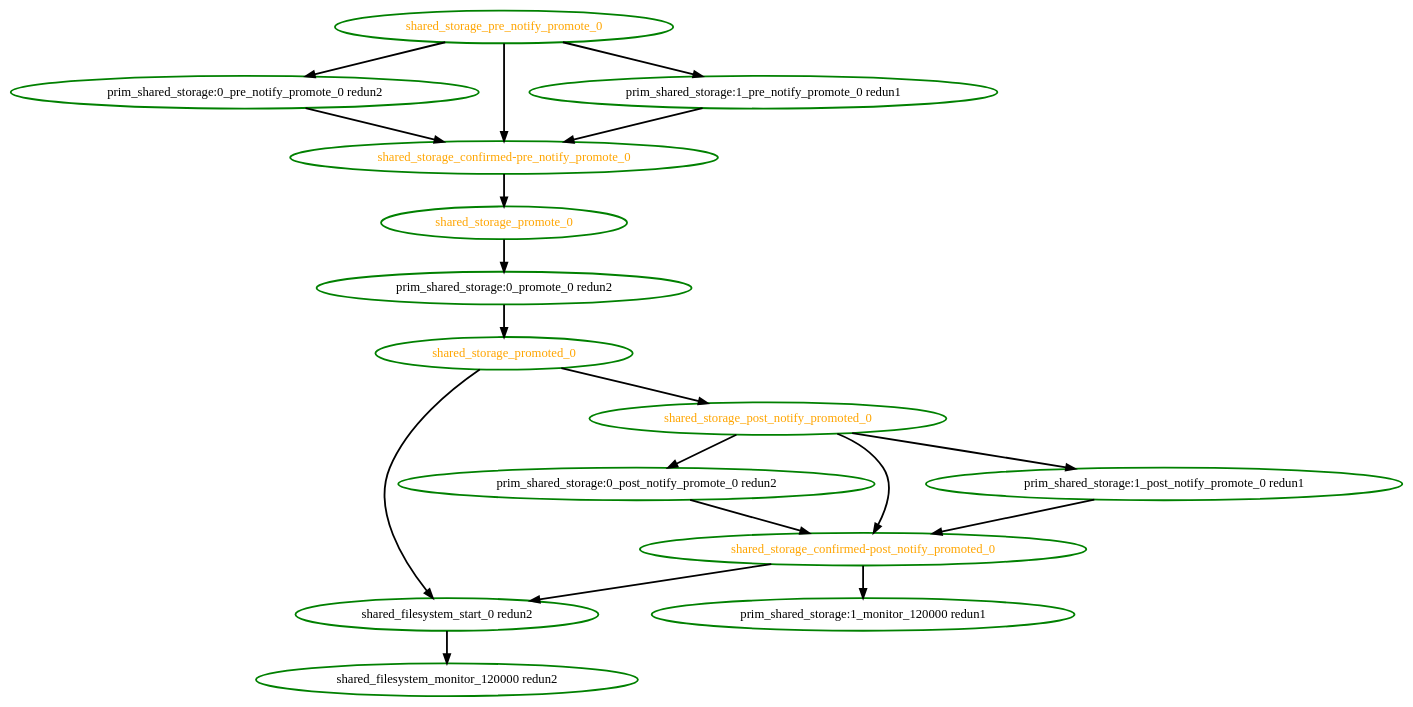
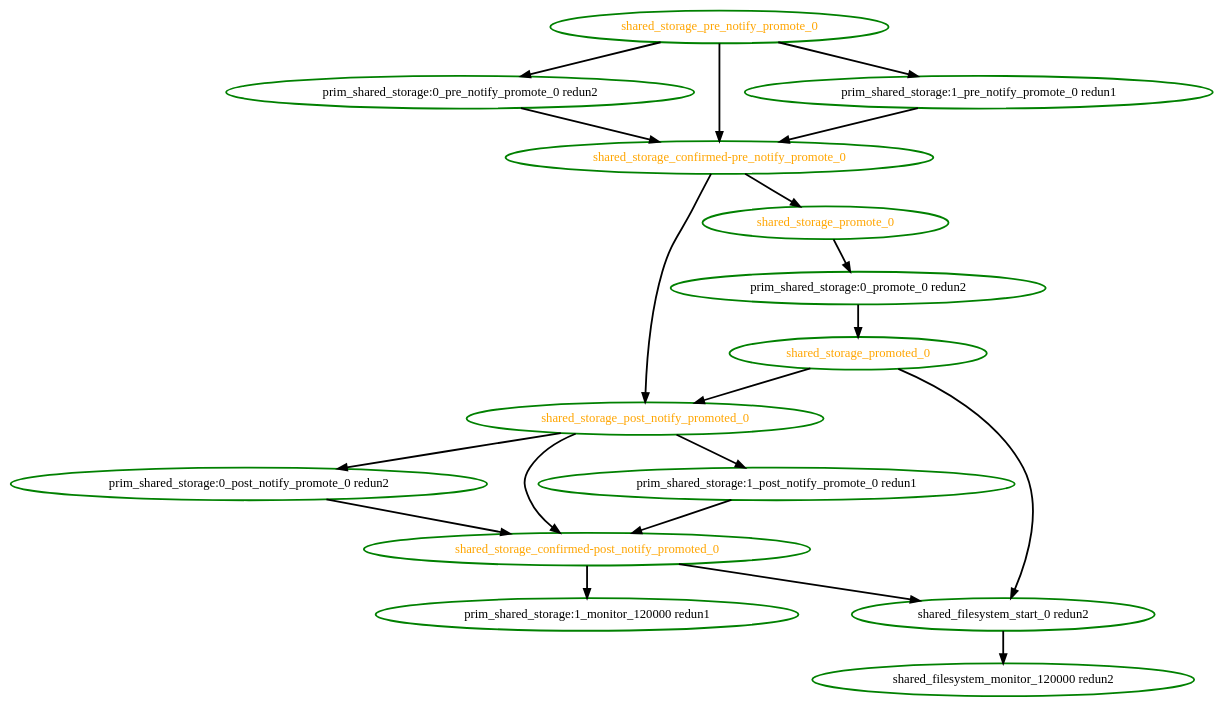
One commit to linux-ha-japan/pm_diskd changed the diagram in pengine/test10/bug-1685.dot. Above: the diagram before and after it, drawn with Graphviz. The commit also changed 54 other files, not shown here.

Commit message:
Low: PE: Ensure the relative ordering of pre and post notifications

```diff
--- a/pengine/test10/bug-1685.dot
+++ b/pengine/test10/bug-1685.dot
@@ -1,34 +1,35 @@
 digraph "g" {
 "prim_shared_storage:0_post_notify_promote_0 redun2" -> "shared_storage_confirmed-post_notify_promoted_0" [ style = bold]
 "prim_shared_storage:0_post_notify_promote_0 redun2" [ style=bold color="green" fontcolor="black"  ]
 "prim_shared_storage:0_pre_notify_promote_0 redun2" -> "shared_storage_confirmed-pre_notify_promote_0" [ style = bold]
 "prim_shared_storage:0_pre_notify_promote_0 redun2" [ style=bold color="green" fontcolor="black"  ]
 "prim_shared_storage:0_promote_0 redun2" -> "shared_storage_promoted_0" [ style = bold]
 "prim_shared_storage:0_promote_0 redun2" [ style=bold color="green" fontcolor="black"  ]
 "prim_shared_storage:1_monitor_120000 redun1" [ style=bold color="green" fontcolor="black"  ]
 "prim_shared_storage:1_post_notify_promote_0 redun1" -> "shared_storage_confirmed-post_notify_promoted_0" [ style = bold]
 "prim_shared_storage:1_post_notify_promote_0 redun1" [ style=bold color="green" fontcolor="black"  ]
 "prim_shared_storage:1_pre_notify_promote_0 redun1" -> "shared_storage_confirmed-pre_notify_promote_0" [ style = bold]
 "prim_shared_storage:1_pre_notify_promote_0 redun1" [ style=bold color="green" fontcolor="black"  ]
 "shared_filesystem_monitor_120000 redun2" [ style=bold color="green" fontcolor="black"  ]
 "shared_filesystem_start_0 redun2" -> "shared_filesystem_monitor_120000 redun2" [ style = bold]
 "shared_filesystem_start_0 redun2" [ style=bold color="green" fontcolor="black"  ]
 "shared_storage_confirmed-post_notify_promoted_0" -> "prim_shared_storage:1_monitor_120000 redun1" [ style = bold]
 "shared_storage_confirmed-post_notify_promoted_0" -> "shared_filesystem_start_0 redun2" [ style = bold]
 "shared_storage_confirmed-post_notify_promoted_0" [ style=bold color="green" fontcolor="orange"  ]
+"shared_storage_confirmed-pre_notify_promote_0" -> "shared_storage_post_notify_promoted_0" [ style = bold]
 "shared_storage_confirmed-pre_notify_promote_0" -> "shared_storage_promote_0" [ style = bold]
 "shared_storage_confirmed-pre_notify_promote_0" [ style=bold color="green" fontcolor="orange"  ]
 "shared_storage_post_notify_promoted_0" -> "prim_shared_storage:0_post_notify_promote_0 redun2" [ style = bold]
 "shared_storage_post_notify_promoted_0" -> "prim_shared_storage:1_post_notify_promote_0 redun1" [ style = bold]
 "shared_storage_post_notify_promoted_0" -> "shared_storage_confirmed-post_notify_promoted_0" [ style = bold]
 "shared_storage_post_notify_promoted_0" [ style=bold color="green" fontcolor="orange"  ]
 "shared_storage_pre_notify_promote_0" -> "prim_shared_storage:0_pre_notify_promote_0 redun2" [ style = bold]
 "shared_storage_pre_notify_promote_0" -> "prim_shared_storage:1_pre_notify_promote_0 redun1" [ style = bold]
 "shared_storage_pre_notify_promote_0" -> "shared_storage_confirmed-pre_notify_promote_0" [ style = bold]
 "shared_storage_pre_notify_promote_0" [ style=bold color="green" fontcolor="orange"  ]
 "shared_storage_promote_0" -> "prim_shared_storage:0_promote_0 redun2" [ style = bold]
 "shared_storage_promote_0" [ style=bold color="green" fontcolor="orange"  ]
 "shared_storage_promoted_0" -> "shared_filesystem_start_0 redun2" [ style = bold]
 "shared_storage_promoted_0" -> "shared_storage_post_notify_promoted_0" [ style = bold]
 "shared_storage_promoted_0" [ style=bold color="green" fontcolor="orange"  ]
 }
```
